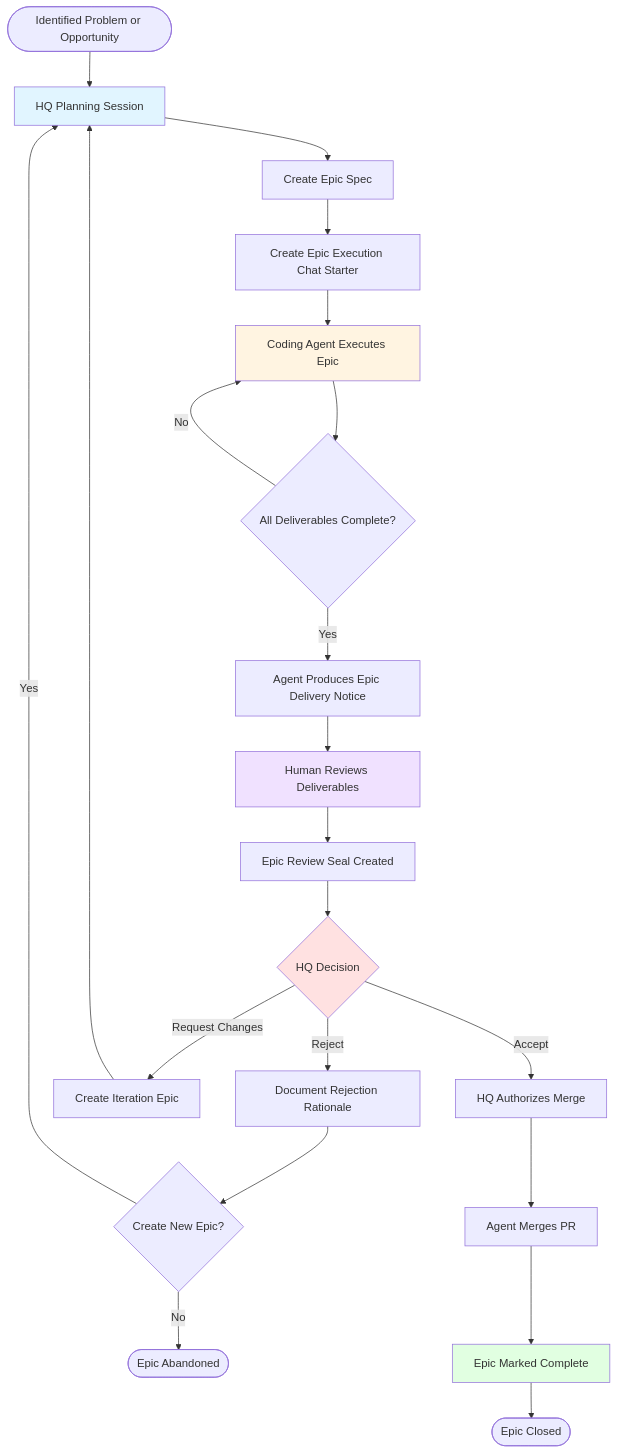
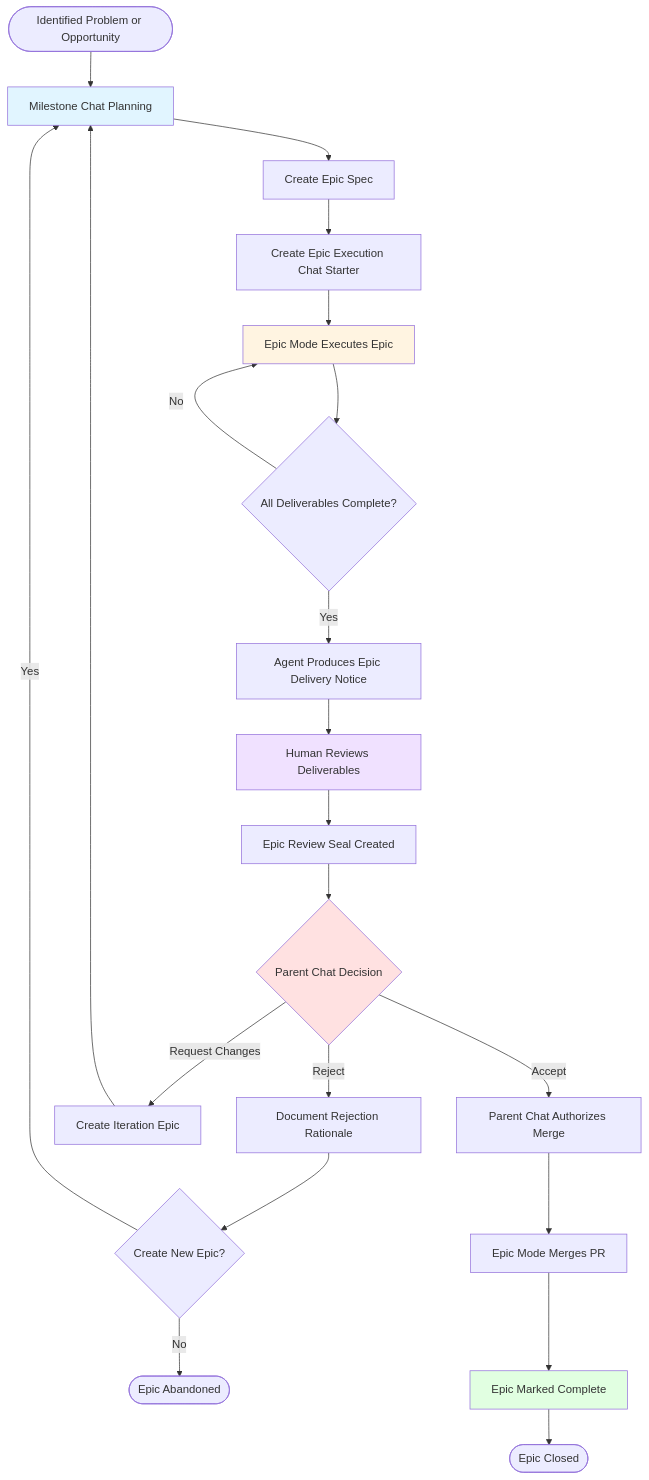
Before and after one commit to panchew/ai-project-system: the diagram in governance/diagrams/epic-lifecycle-flow.md, drawn with Mermaid. The commit also changed other lines of this file and 1 other file, not shown here.

First line of the commit message:
fix: update Canonical Happy Path in README and epic-lifecycle-flow for 4-mode hierarchy

````diff
--- a/governance/diagrams/epic-lifecycle-flow.md
+++ b/governance/diagrams/epic-lifecycle-flow.md
@@ -9,37 +9,37 @@
 ```mermaid
 flowchart TD
     Start([Identified Problem or Opportunity]) --> Planning
     
-    Planning[HQ Planning Session]
+    Planning[Milestone Chat Planning]
     Planning --> SpecCreation[Create Epic Spec]
     SpecCreation --> ChatStarter[Create Epic Execution Chat Starter]
     
-    ChatStarter --> Execution[Coding Agent Executes Epic]
+    ChatStarter --> Execution[Epic Mode Executes Epic]
     Execution --> SelfCheck{All Deliverables Complete?}
     
     SelfCheck -->|No| Execution
     SelfCheck -->|Yes| DeliveryNotice[Agent Produces Epic Delivery Notice]
     
     DeliveryNotice --> HumanReview[Human Reviews Deliverables]
     HumanReview --> ReviewSeal[Epic Review Seal Created]
-    ReviewSeal --> HQDecision{HQ Decision}
+    ReviewSeal --> Decision{Parent Chat Decision}
     
-    HQDecision -->|Reject| Rejection[Document Rejection Rationale]
+    Decision -->|Reject| Rejection[Document Rejection Rationale]
     Rejection --> NewEpic{Create New Epic?}
     NewEpic -->|Yes| Planning
     NewEpic -->|No| End1([Epic Abandoned])
     
-    HQDecision -->|Request Changes| Iteration[Create Iteration Epic]
+    Decision -->|Request Changes| Iteration[Create Iteration Epic]
     Iteration --> Planning
     
-    HQDecision -->|Accept| Authorization[HQ Authorizes Merge]
-    Authorization --> Merge[Agent Merges PR]
+    Decision -->|Accept| Authorization[Parent Chat Authorizes Merge]
+    Authorization --> Merge[Epic Mode Merges PR]
     Merge --> Complete[Epic Marked Complete]
     Complete --> End2([Epic Closed])
     
     style Planning fill:#e1f5ff
     style Execution fill:#fff4e1
     style HumanReview fill:#f0e1ff
-    style HQDecision fill:#ffe1e1
+    style Decision fill:#ffe1e1
     style Complete fill:#e1ffe1
 ```
````
